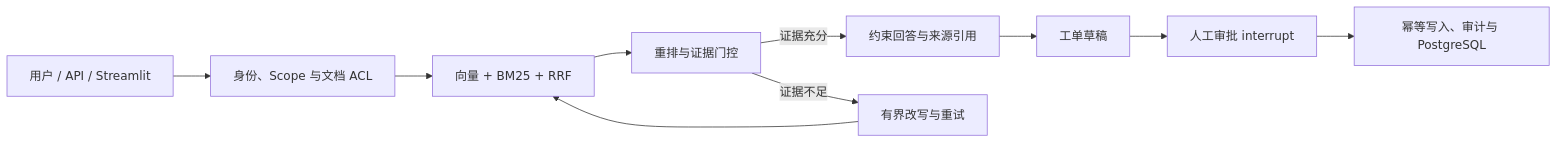
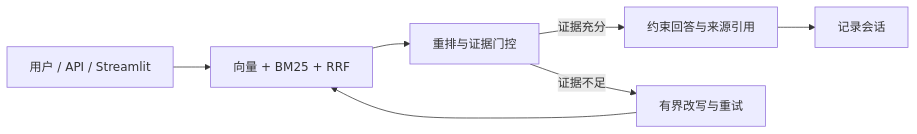
The diagram in docs/PROJECT_OVERVIEW.md (sdhgngfh/opspilot), drawn with Mermaid before and after one commit. The commit also changed other lines of this file and 47 other files, not shown here.

````diff
--- a/docs/PROJECT_OVERVIEW.md
+++ b/docs/PROJECT_OVERVIEW.md
@@ -32,12 +26,9 @@
 ```mermaid
 flowchart LR
-    U["用户 / API / Streamlit"] --> I["身份、Scope 与文档 ACL"]
-    I --> R["向量 + BM25 + RRF"]
+    U["用户 / API / Streamlit"] --> R["向量 + BM25 + RRF"]
     R --> G["重排与证据门控"]
     G -->|"证据充分"| A["约束回答与来源引用"]
     G -->|"证据不足"| W["有界改写与重试"]
     W --> R
-    A --> D["工单草稿"]
-    D --> H["人工审批 interrupt"]
-    H --> P["幂等写入、审计与 PostgreSQL"]
+    A --> Z["记录会话"]
 ```
````
